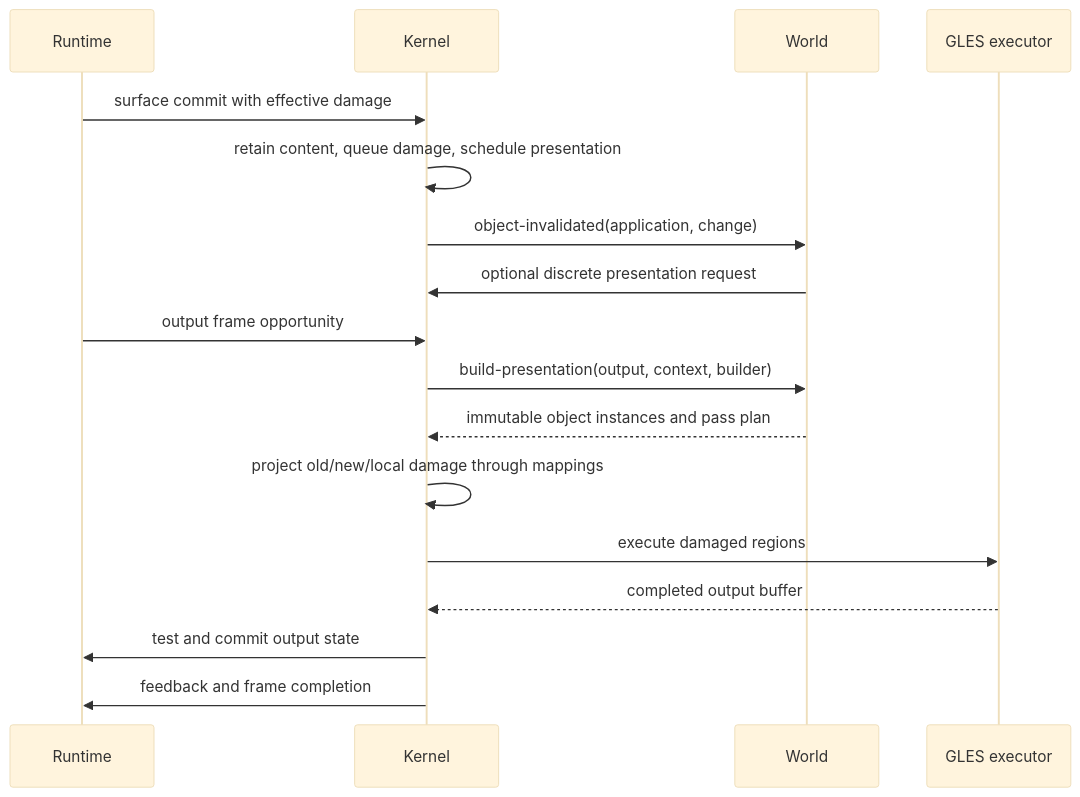
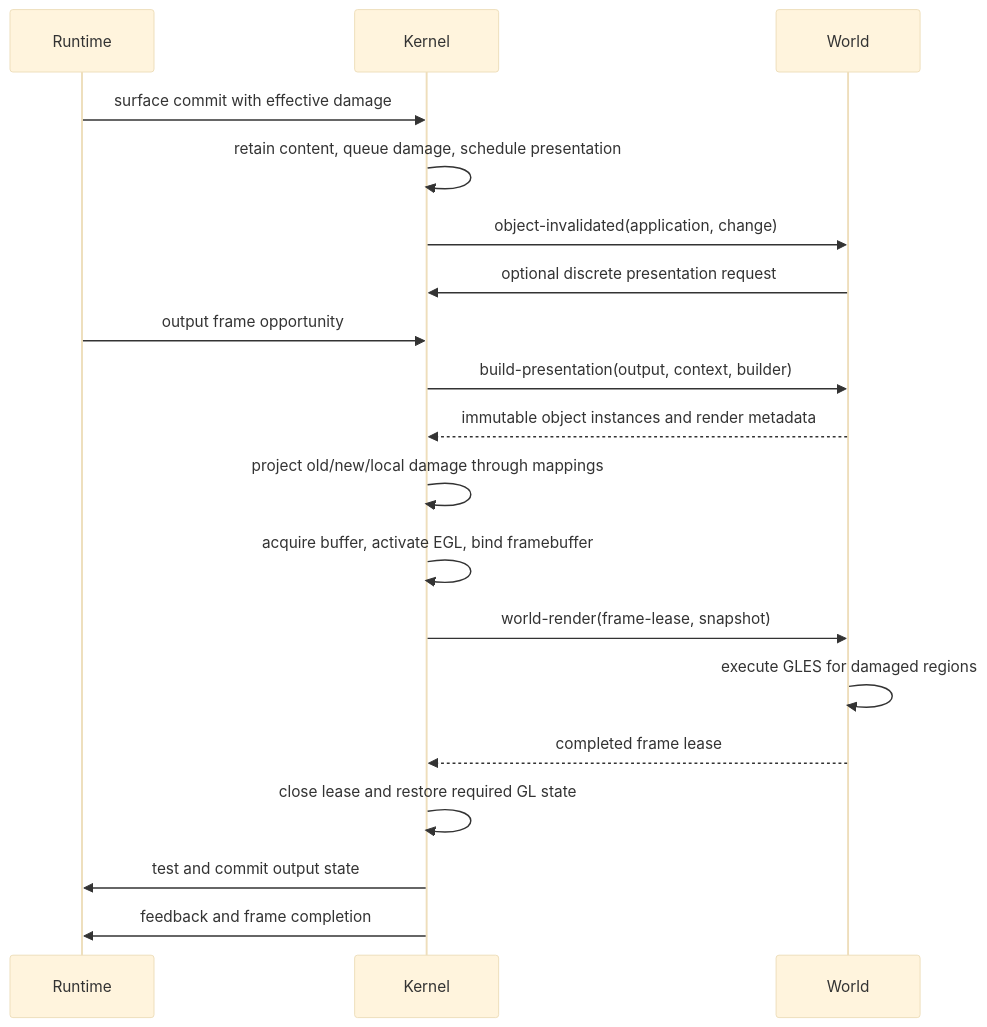
One commit to SeungheonOh/ataxia changed the second of 2 diagrams in docs/POST-RUNTIME-REDESIGN-PLAN.md. Above: the diagram before and after it, drawn with Mermaid (base theme). The commit also changed other lines of this file, not shown here.

Commit message:
docs: let worlds render through frame leases

````diff
--- a/docs/POST-RUNTIME-REDESIGN-PLAN.md
+++ b/docs/POST-RUNTIME-REDESIGN-PLAN.md
@@ -456,20 +517,22 @@
 ```mermaid
 sequenceDiagram
     participant R as Runtime
     participant K as Kernel
     participant W as World
-    participant G as GLES executor
 
     R->>K: surface commit with effective damage
     K->>K: retain content, queue damage, schedule presentation
     K->>W: object-invalidated(application, change)
     W->>K: optional discrete presentation request
     R->>K: output frame opportunity
     K->>W: build-presentation(output, context, builder)
-    W-->>K: immutable object instances and pass plan
+    W-->>K: immutable object instances and render metadata
     K->>K: project old/new/local damage through mappings
-    K->>G: execute damaged regions
-    G-->>K: completed output buffer
+    K->>K: acquire buffer, activate EGL, bind framebuffer
+    K->>W: world-render(frame-lease, snapshot)
+    W->>W: execute GLES for damaged regions
+    W-->>K: completed frame lease
+    K->>K: close lease and restore required GL state
     K->>R: test and commit output state
     K->>R: feedback and frame completion
 ```
````
